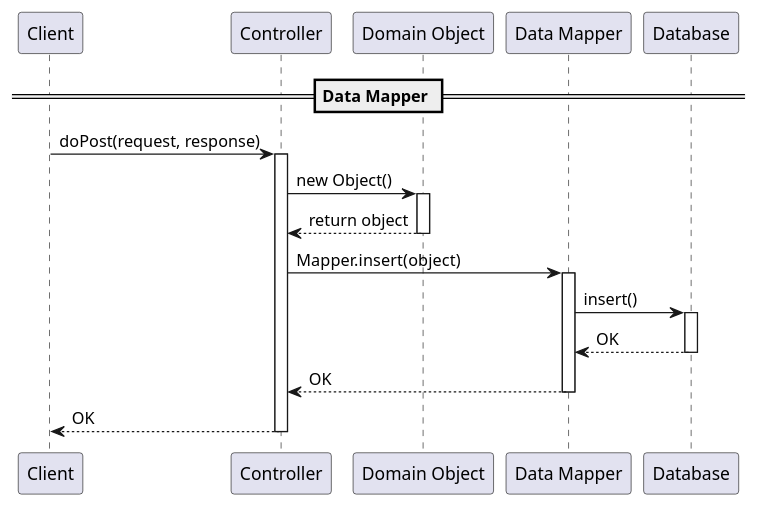
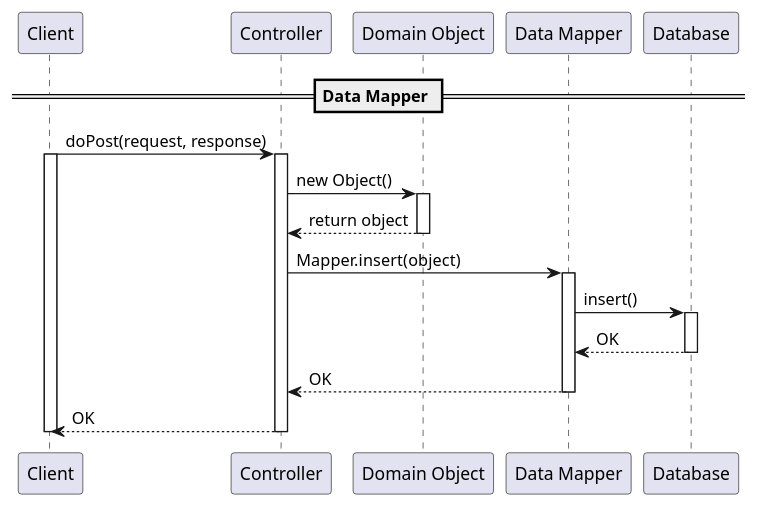
One commit to SWEN900072021/Covid19BookingSystem changed the diagram in docs/part2/DataMapperSequenceDiagram.puml. Above: the diagram before and after it, drawn with PlantUML.

```diff
--- a/docs/part2/DataMapperSequenceDiagram.puml
+++ b/docs/part2/DataMapperSequenceDiagram.puml
@@ -1,31 +1,32 @@
 @startuml
 
 skinparam linetype polyline
 
 participant "Client" as Client
 participant "Controller" as C
 participant “Domain Object" as O
 participant "Data Mapper" as M
 participant "Database" as DB
 == Data Mapper ==
 Client -> C: doPost(request, response)
+activate Client
 activate C
 C -> O: new Object()
 activate O
 O --> C: return object
 deactivate O
 C -> M: Mapper.insert(object)
 
 activate M
 M -> DB: insert()
 activate DB
 DB --> M: OK
 deactivate DB
 M --> C: OK
 deactivate M
 
 C --> Client: OK
 deactivate C
-
+deactivate Client
 
 @enduml
```
